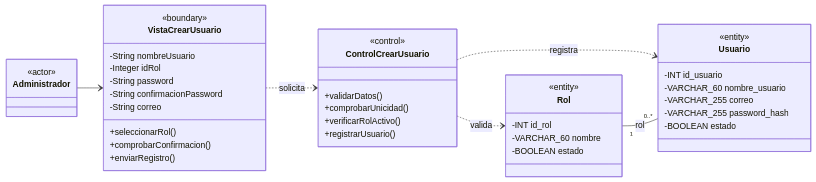
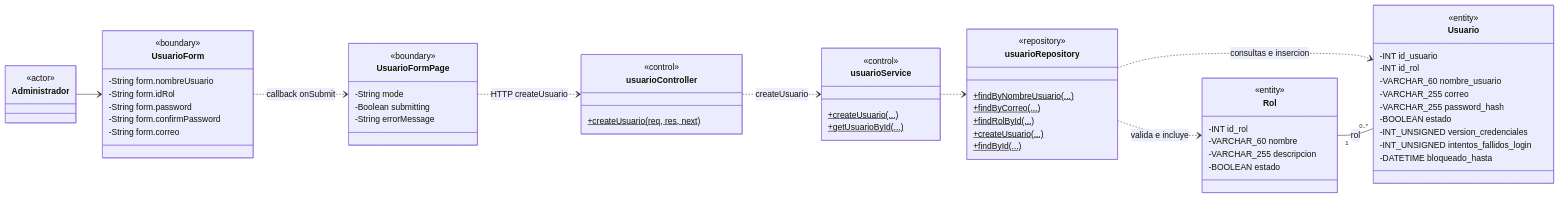
One commit to CreepyBowDev/cadefar-inventory-system changed the third of 34 diagrams in docs/ai/analisis-clases-academico.md. Above: the diagram before and after it, drawn with Mermaid. The commit also changed other lines of this file, not shown here.

````diff
--- a/docs/ai/analisis-clases-academico.md
+++ b/docs/ai/analisis-clases-academico.md
@@ -206,42 +267,63 @@
 ```mermaid
 classDiagram
     direction LR
     class Administrador { <<actor>> }
-    class VistaCrearUsuario {
+    class UsuarioForm {
         <<boundary>>
-        -String nombreUsuario
-        -Integer idRol
-        -String password
-        -String confirmacionPassword
-        -String correo
-        +seleccionarRol()
-        +comprobarConfirmacion()
-        +enviarRegistro()
+        -String form.nombreUsuario
+        -String form.idRol
+        -String form.password
+        -String form.confirmPassword
+        -String form.correo
     }
-    class ControlCrearUsuario {
+    class UsuarioFormPage {
+        <<boundary>>
+        -String mode
+        -Boolean submitting
+        -String errorMessage
+    }
+    class usuarioController {
         <<control>>
-        +validarDatos()
-        +comprobarUnicidad()
-        +verificarRolActivo()
-        +registrarUsuario()
+        +createUsuario(req, res, next)$
+    }
+    class usuarioService {
+        <<control>>
+        +createUsuario(...)$
+        +getUsuarioById(...)$
+    }
+    class usuarioRepository {
+        <<repository>>
+        +findByNombreUsuario(...)$
+        +findByCorreo(...)$
+        +findRolById(...)$
+        +createUsuario(...)$
+        +findById(...)$
     }
     class Usuario {
         <<entity>>
         -INT id_usuario
+        -INT id_rol
         -VARCHAR_60 nombre_usuario
         -VARCHAR_255 correo
         -VARCHAR_255 password_hash
         -BOOLEAN estado
+        -INT_UNSIGNED version_credenciales
+        -INT_UNSIGNED intentos_fallidos_login
+        -DATETIME bloqueado_hasta
     }
     class Rol {
         <<entity>>
         -INT id_rol
         -VARCHAR_60 nombre
+        -VARCHAR_255 descripcion
         -BOOLEAN estado
     }
-    Administrador --> VistaCrearUsuario
-    VistaCrearUsuario ..> ControlCrearUsuario : solicita
-    ControlCrearUsuario ..> Usuario : registra
-    ControlCrearUsuario ..> Rol : valida
+    Administrador --> UsuarioForm
+    UsuarioForm ..> UsuarioFormPage : callback onSubmit
+    UsuarioFormPage ..> usuarioController : HTTP createUsuario
+    usuarioController ..> usuarioService : createUsuario
+    usuarioService ..> usuarioRepository
+    usuarioRepository ..> Usuario : consultas e insercion
+    usuarioRepository ..> Rol : valida e incluye
     Rol "1" -- "0..*" Usuario : rol
 ```
````
